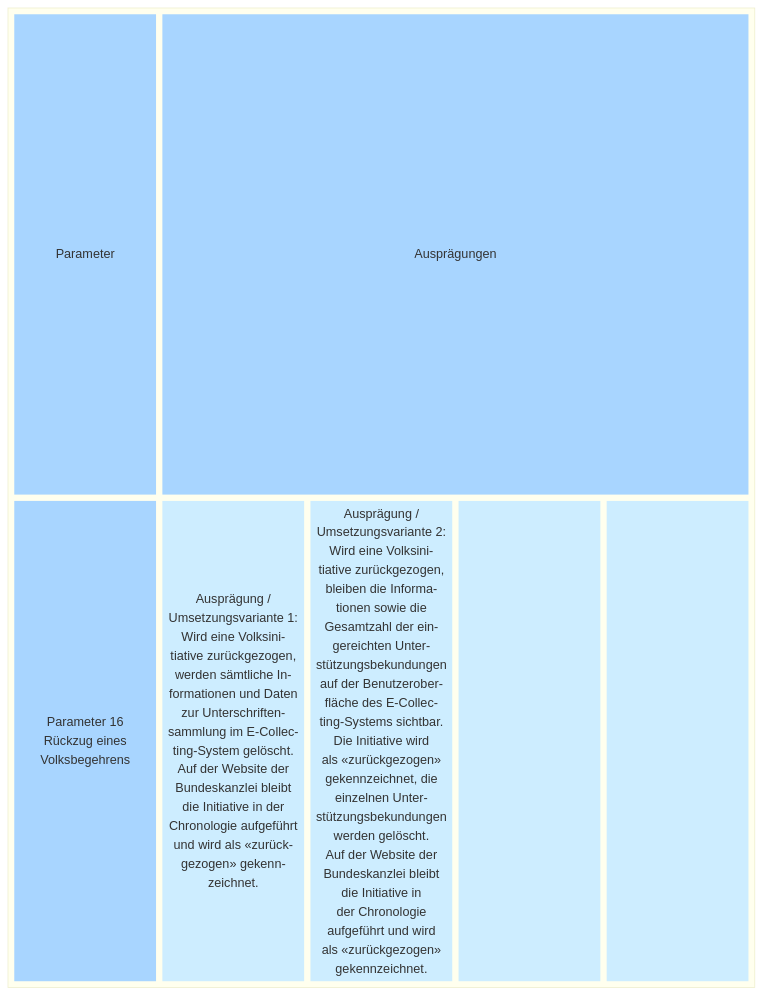
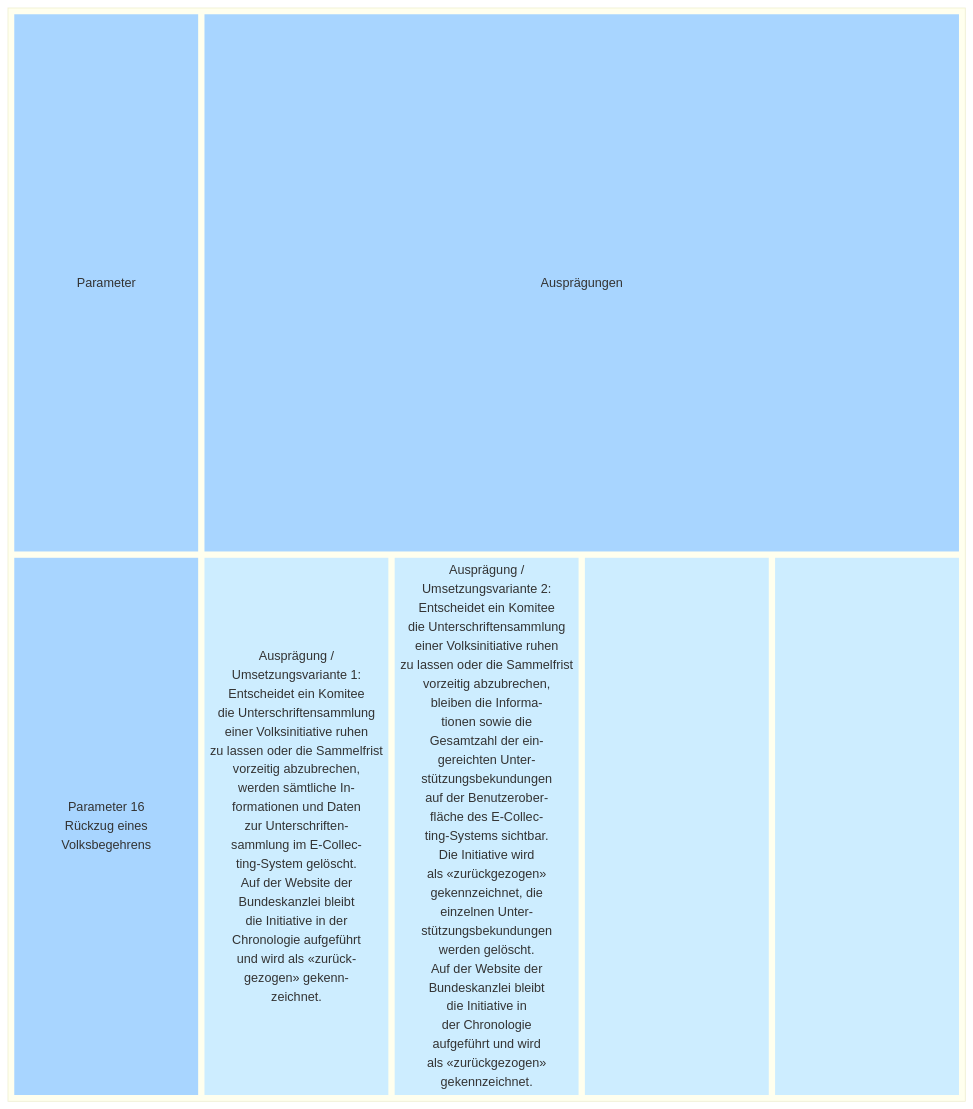
Before and after one commit to swiss/e-collecting: the second of 2 diagrams in docs/morphological-box/parameter-16.md, drawn with Mermaid. The commit also changed other lines of this file, not shown here.

````diff
--- a/docs/morphological-box/parameter-16.md
+++ b/docs/morphological-box/parameter-16.md
@@ -100,61 +104,67 @@
 ```mermaid
 block
   block
     columns 5
     t1["Parameter"]
     t2["Ausprägungen"]:4
     d["Parameter 16
     Rückzug eines 
     Volksbegehrens"]
     a1["Ausprägung /
     Umsetzungsvariante 1:
-    Wird eine Volksini-
-    tiative zurückgezogen,
+    Entscheidet ein Komitee
+    die Unterschriftensammlung
+    einer Volksinitiative ruhen
+    zu lassen oder die Sammelfrist
+    vorzeitig abzubrechen,
     werden sämtliche In-
     formationen und Daten
     zur Unterschriften-
     sammlung im E-Collec-
     ting-System gelöscht.
     Auf der Website der
     Bundeskanzlei bleibt
     die Initiative in der
     Chronologie aufgeführt
     und wird als «zurück-
     gezogen» gekenn-
     zeichnet."]
     a2["Ausprägung /
     Umsetzungsvariante 2:
-    Wird eine Volksini-
-    tiative zurückgezogen,
+    Entscheidet ein Komitee
+    die Unterschriftensammlung
+    einer Volksinitiative ruhen
+    zu lassen oder die Sammelfrist
+    vorzeitig abzubrechen,
     bleiben die Informa-
     tionen sowie die 
     Gesamtzahl der ein-
     gereichten Unter-
     stützungsbekundungen
     auf der Benutzerober-
     fläche des E-Collec-
     ting-Systems sichtbar.
     Die Initiative wird 
     als «zurückgezogen»
     gekennzeichnet, die 
     einzelnen Unter-
     stützungsbekundungen
     werden gelöscht.
     Auf der Website der
     Bundeskanzlei bleibt
     die Initiative in
     der Chronologie 
     aufgeführt und wird
     als «zurückgezogen»
     gekennzeichnet."]
     a3["&nbsp;"]
     a4["&nbsp;"]
     style t1 fill:#a8d5ff,stroke-width:0px
     style t2 fill:#a8d5ff,stroke-width:0px
     style d fill:#a8d5ff,stroke-width:0px,text-valign:top
     style a1 fill:#cdedff,stroke-width:0px
     style a2 fill:#cdedff,stroke-width:0px
     style a3 fill:#cdedff,stroke-width:0px
     style a4 fill:#cdedff,stroke-width:0px
   end
 ```
````
